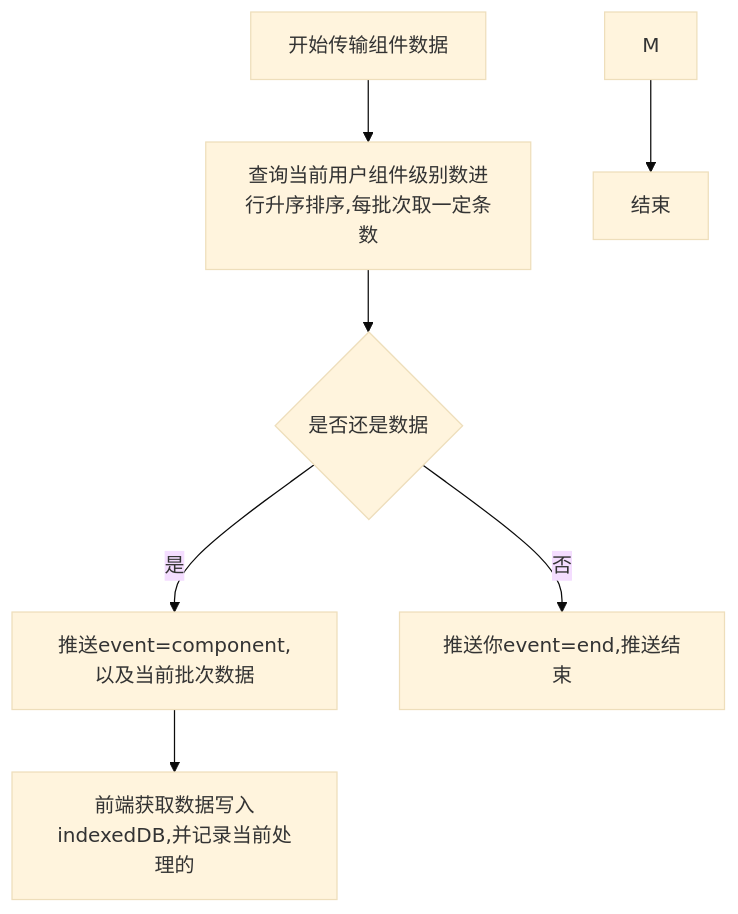
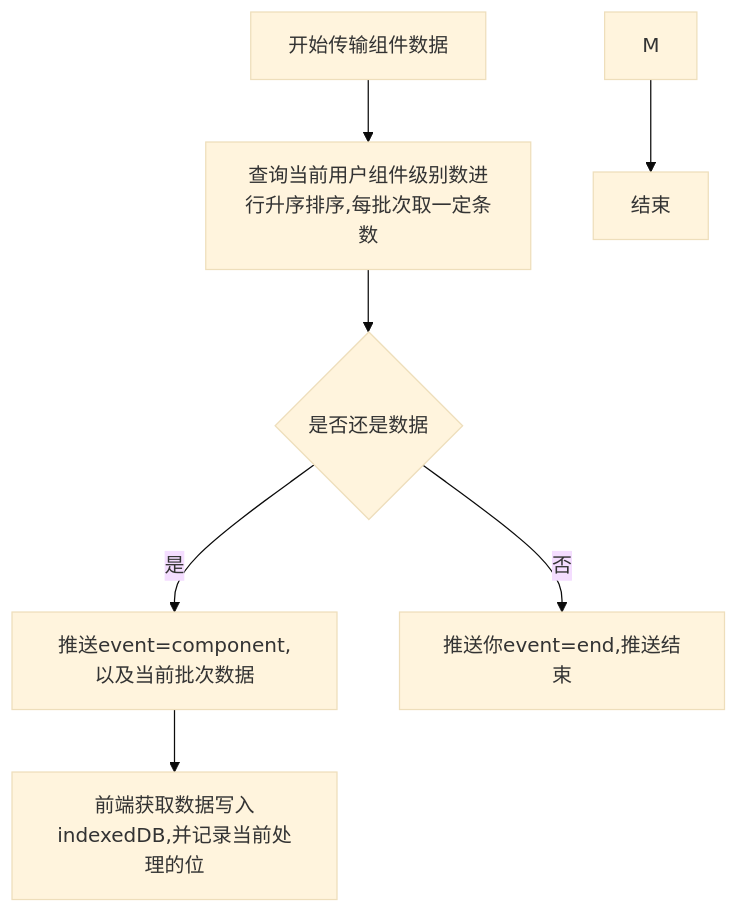
The diagram in all/未命名-59.md (yingjianzh/iodraw-files), drawn with Mermaid (base theme) before and after one commit.

Commit message:
2025-05-14 15:26:23 update

````diff
--- a/all/未命名-59.md
+++ b/all/未命名-59.md
@@ -1,12 +1,12 @@
 ```mermaid
 flowchart TD
     A[开始传输组件数据] --> B[查询当前用户组件级别数进行升序排序,每批次取一定条数]
     B --> C{是否还是数据}
     C --> |是| D[推送event=component,以及当前批次数据]
     C --> |否| E[推送你event=end,推送结束]
 
-    D --> F[前端获取数据写入indexedDB,并记录当前处理的]
+    D --> F[前端获取数据写入indexedDB,并记录当前处理的位]
     
    
     M --> N[结束]
 ```
````
